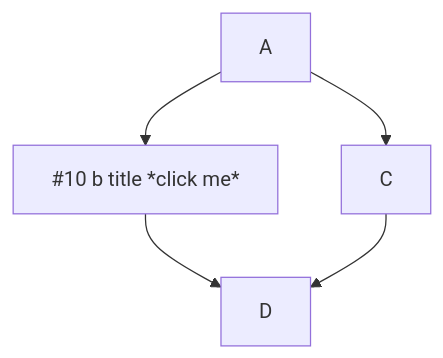
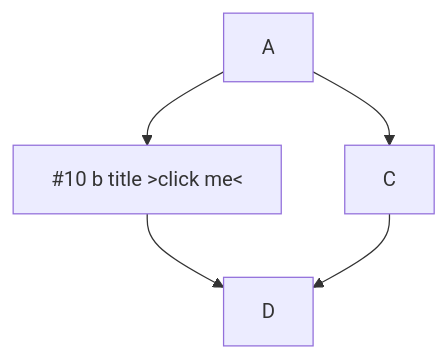
One commit to sdzialowski-godaddy/mermaid changed the first of 5 diagrams in README-template.md. Above: the diagram before and after it, drawn with Mermaid. The commit also changed 1 other file, not shown here.

Commit message:
clikc me

````diff
--- a/README-template.md
+++ b/README-template.md
@@ -27,7 +27,7 @@
 ```mermaid
   graph TD;
-      A-->B[#10 b title *click me*];
+      A-->B[#10 b title >click me<];
       A-->C;
       B-->D;
       C-->D;
 ```
````
